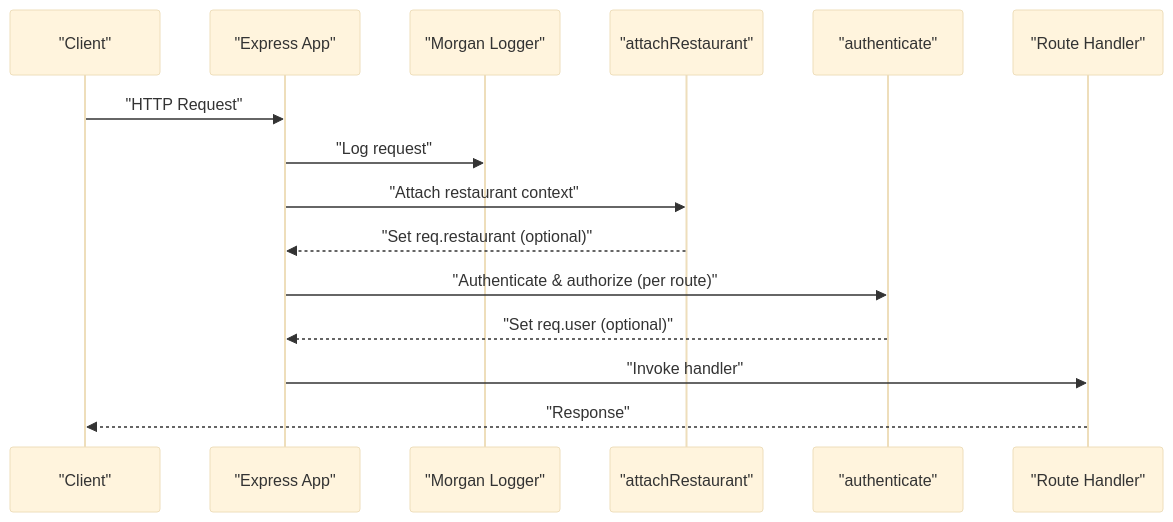
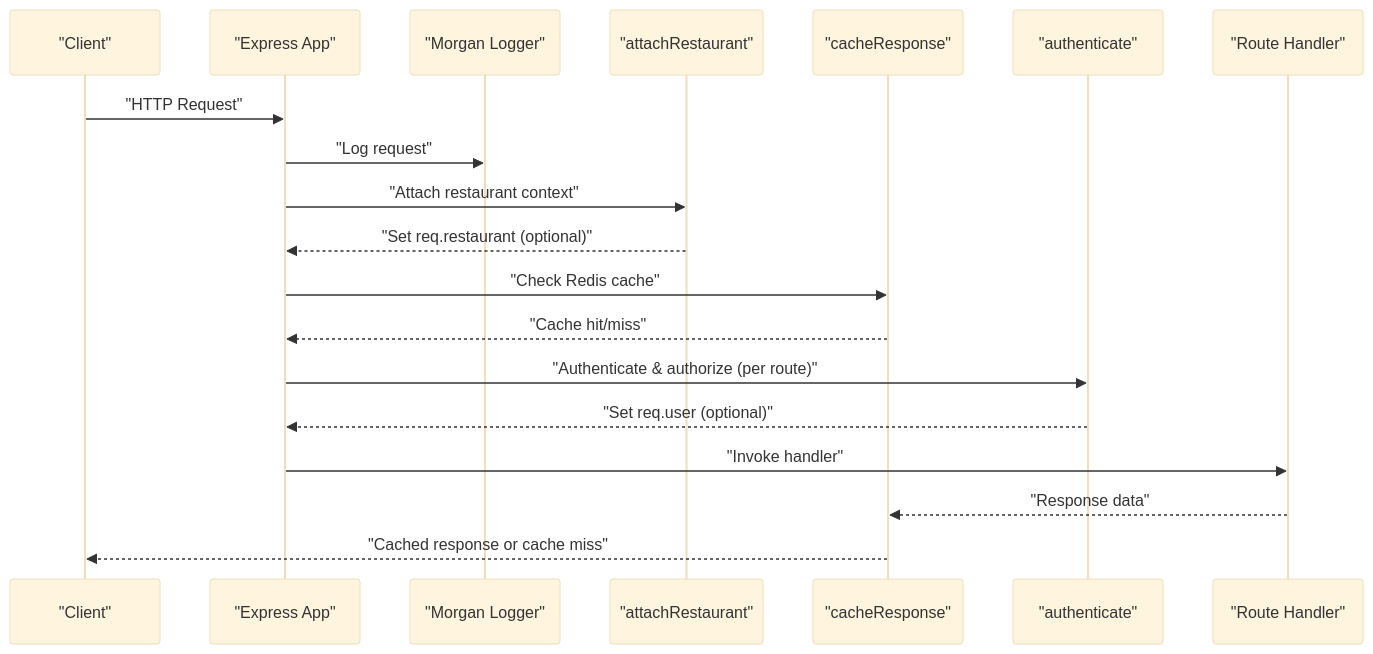
One commit to Dequeue-Tech/DeQ-Bite changed the second of 7 diagrams in .qoder/repowiki/en/content/Backend System/Middleware System.md. Above: the diagram before and after it, drawn with Mermaid (base theme). The commit also changed other lines of this file and 25 other files, not shown here.

````diff
--- a/.qoder/repowiki/en/content/Backend System/Middleware System.md
+++ b/.qoder/repowiki/en/content/Backend System/Middleware System.md
@@ -97,17 +141,21 @@
 ```mermaid
 sequenceDiagram
 participant C as "Client"
 participant APP as "Express App"
 participant LOG as "Morgan Logger"
 participant REST as "attachRestaurant"
+participant CACHE as "cacheResponse"
 participant AUTH as "authenticate"
 participant ROUTE as "Route Handler"
 C->>APP : "HTTP Request"
 APP->>LOG : "Log request"
 APP->>REST : "Attach restaurant context"
 REST-->>APP : "Set req.restaurant (optional)"
+APP->>CACHE : "Check Redis cache"
+CACHE-->>APP : "Cache hit/miss"
 APP->>AUTH : "Authenticate & authorize (per route)"
 AUTH-->>APP : "Set req.user (optional)"
 APP->>ROUTE : "Invoke handler"
-ROUTE-->>C : "Response"
+ROUTE-->>CACHE : "Response data"
+CACHE-->>C : "Cached response or cache miss"
 ```
````
